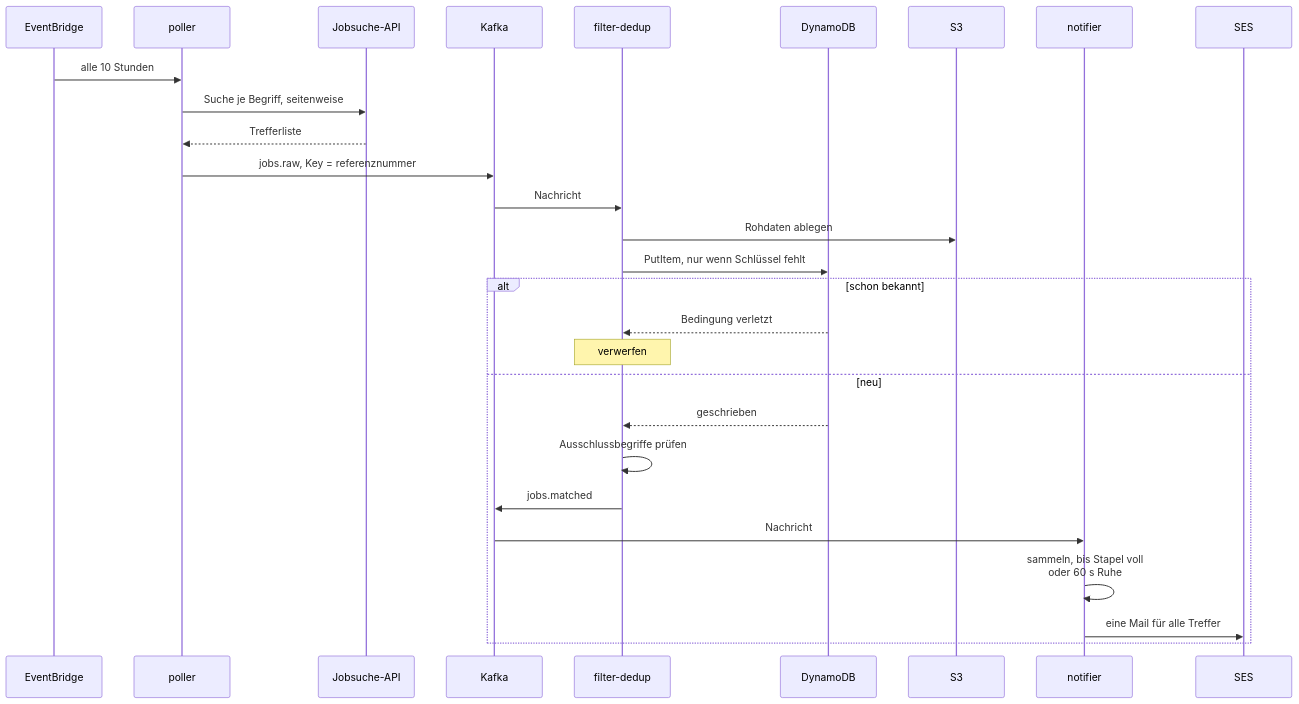
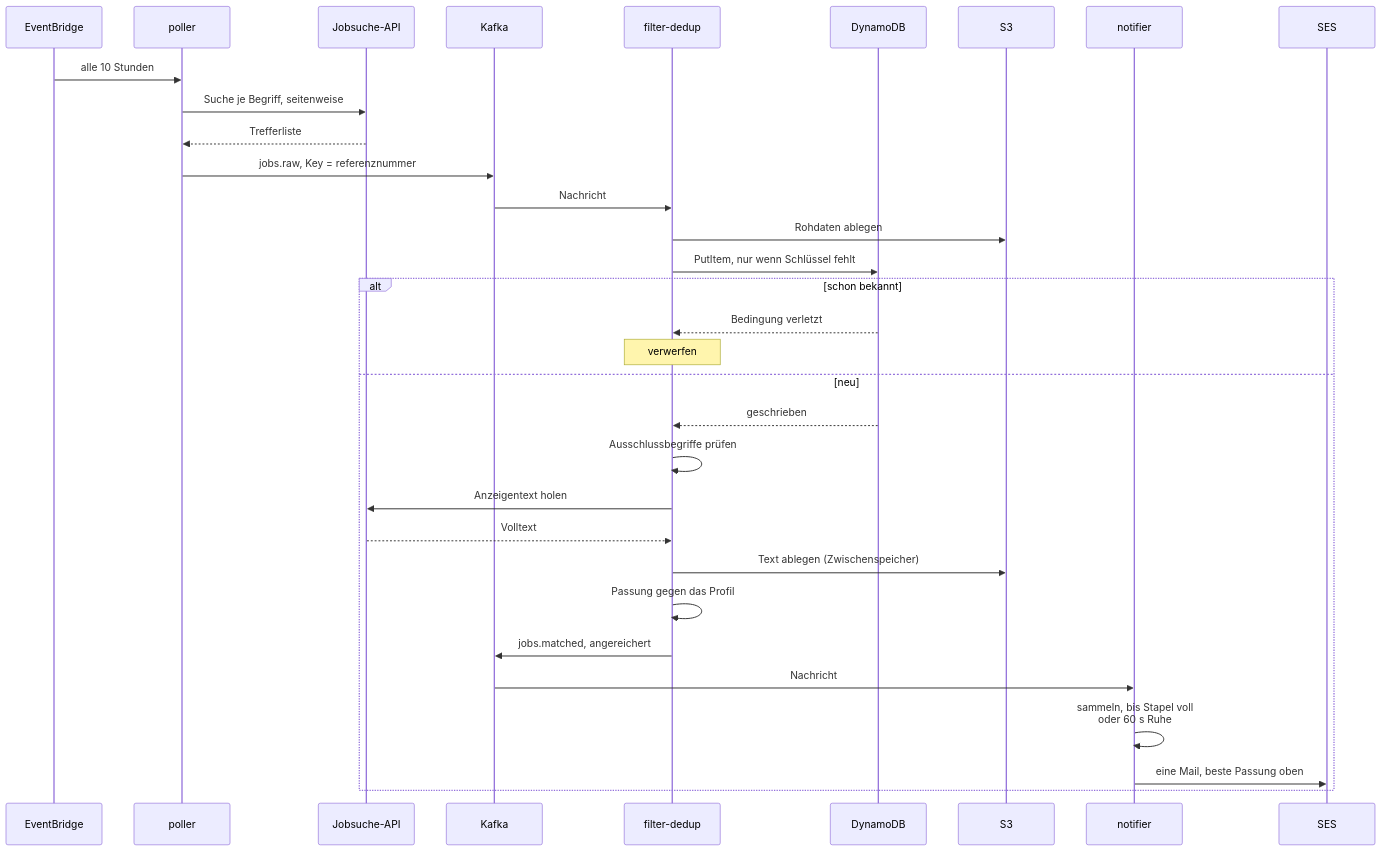
One commit to mariohansen/JobRadar changed the second of 3 diagrams in README.md. Above: the diagram before and after it, drawn with Mermaid. The commit also changed other lines of this file and 7 other files, not shown here.

````diff
--- a/README.md
+++ b/README.md
@@ -115,31 +185,35 @@
 ```mermaid
 sequenceDiagram
     participant S as EventBridge
     participant P as poller
     participant BA as Jobsuche-API
     participant K as Kafka
     participant F as filter-dedup
     participant D as DynamoDB
     participant A as S3
     participant N as notifier
     participant M as SES
 
     S->>P: alle 10 Stunden
     P->>BA: Suche je Begriff, seitenweise
     BA-->>P: Trefferliste
     P->>K: jobs.raw, Key = referenznummer
     K->>F: Nachricht
     F->>A: Rohdaten ablegen
     F->>D: PutItem, nur wenn Schlüssel fehlt
     alt schon bekannt
         D-->>F: Bedingung verletzt
         Note over F: verwerfen
     else neu
         D-->>F: geschrieben
         F->>F: Ausschlussbegriffe prüfen
-        F->>K: jobs.matched
+        F->>BA: Anzeigentext holen
+        BA-->>F: Volltext
+        F->>A: Text ablegen (Zwischenspeicher)
+        F->>F: Passung gegen das Profil
+        F->>K: jobs.matched, angereichert
         K->>N: Nachricht
         N->>N: sammeln, bis Stapel voll<br/>oder 60 s Ruhe
-        N->>M: eine Mail für alle Treffer
+        N->>M: eine Mail, beste Passung oben
     end
 ```
````
